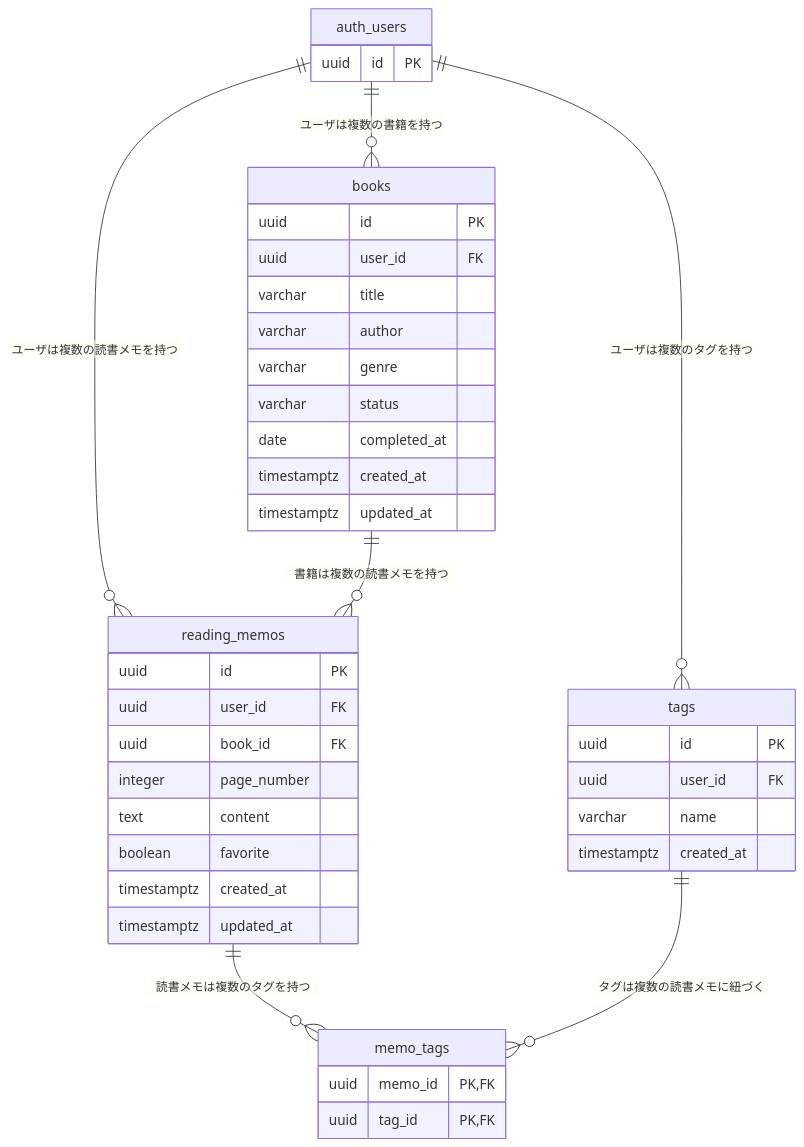
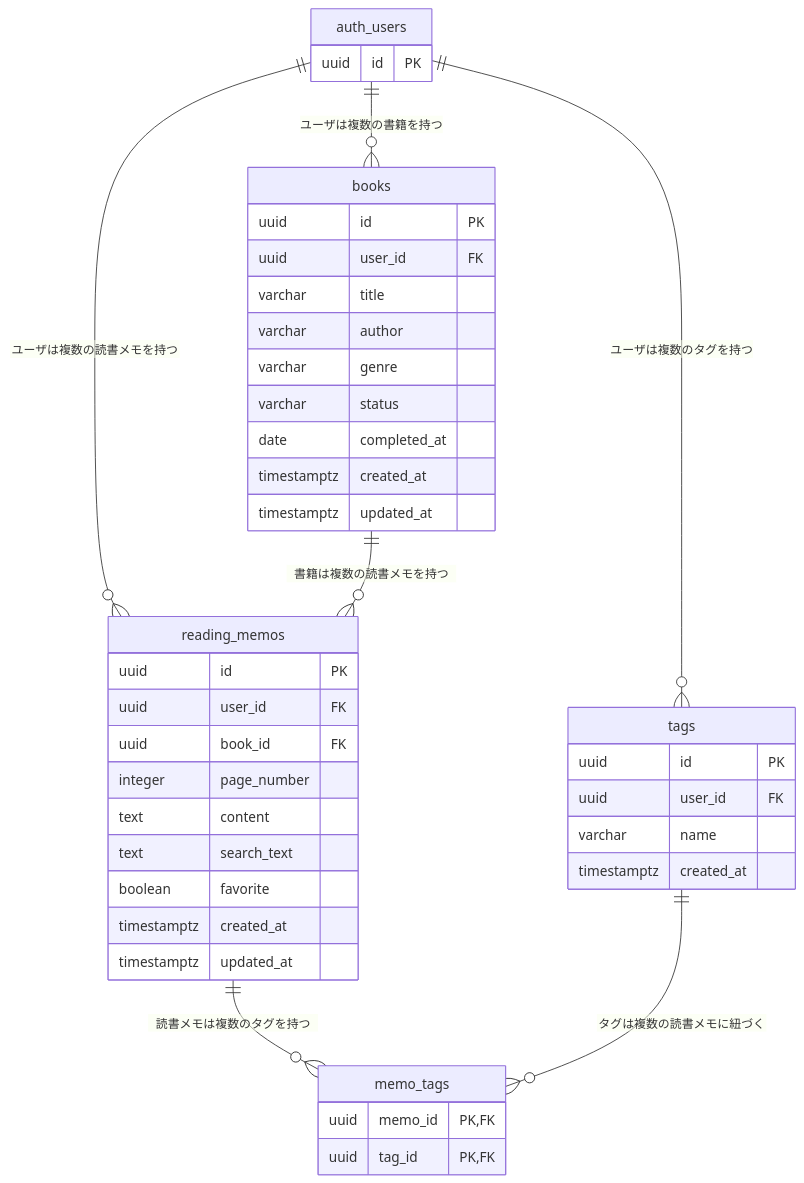
One commit to rmiyazak28/reading-notes-app changed the diagram in docs/design/diagrams/database/er-diagram.md. Above: the diagram before and after it, drawn with Mermaid. The commit also changed 2 other files, not shown here.

Commit message:
docs:検索性能改善のため、メモ検索の設計をRPC+JOIN検索からsearch_text+GIN検索へ変更

````diff
--- a/docs/design/diagrams/database/er-diagram.md
+++ b/docs/design/diagrams/database/er-diagram.md
@@ -9,51 +9,52 @@
 ```mermaid
 erDiagram
 
     auth_users ||--o{ books : "ユーザは複数の書籍を持つ"
     auth_users ||--o{ reading_memos : "ユーザは複数の読書メモを持つ"
     auth_users ||--o{ tags : "ユーザは複数のタグを持つ"
 
     books ||--o{ reading_memos : "書籍は複数の読書メモを持つ"
 
     reading_memos ||--o{ memo_tags : "読書メモは複数のタグを持つ"
     tags ||--o{ memo_tags : "タグは複数の読書メモに紐づく"
 
     auth_users {
         uuid id PK
     }
 
     books {
         uuid id PK
         uuid user_id FK
         varchar title
         varchar author
         varchar genre
         varchar status
         date completed_at
         timestamptz created_at
         timestamptz updated_at
     }
 
     reading_memos {
         uuid id PK
         uuid user_id FK
         uuid book_id FK
         integer page_number
         text content
+        text search_text
         boolean favorite
         timestamptz created_at
         timestamptz updated_at
     }
 
     tags {
         uuid id PK
         uuid user_id FK
         varchar name
         timestamptz created_at
     }
 
     memo_tags {
         uuid memo_id PK, FK
         uuid tag_id PK, FK
     }
 ```
````
